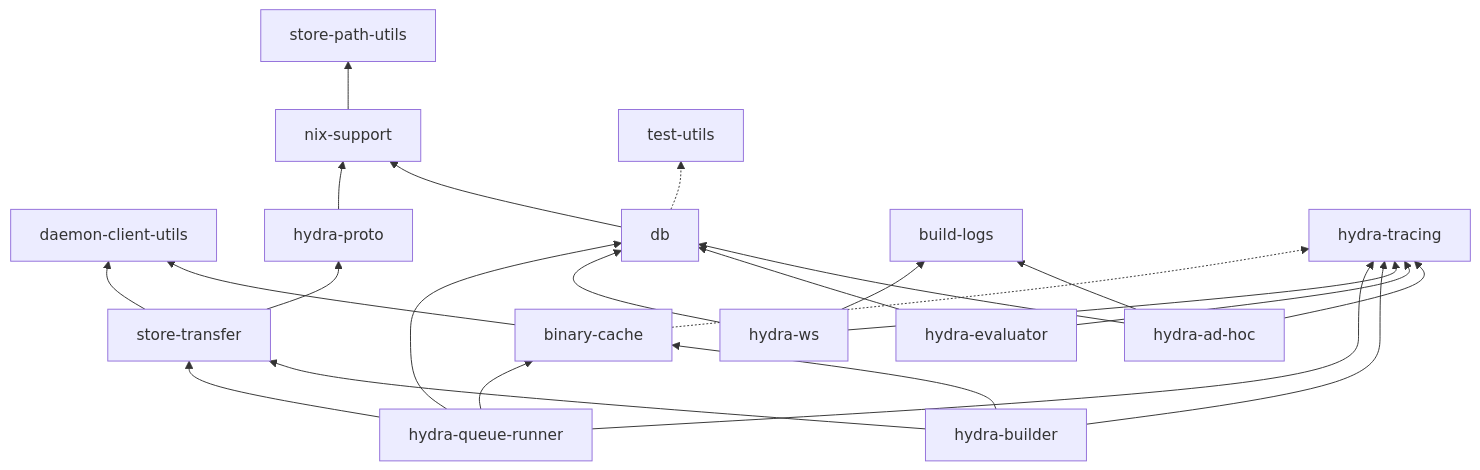
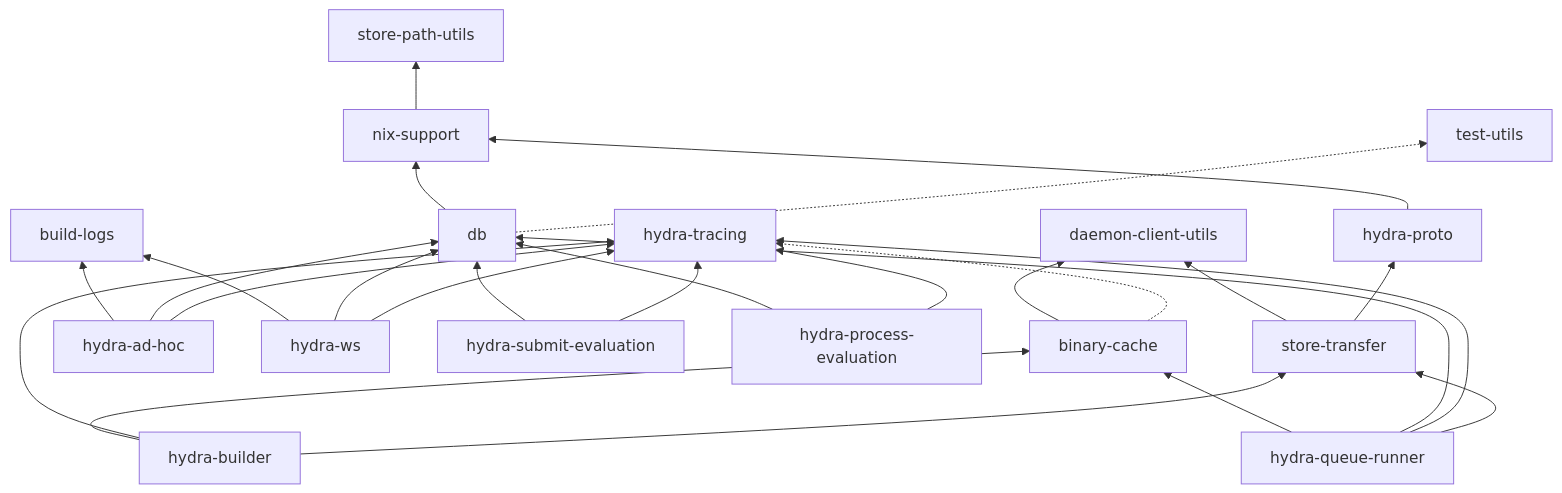
One commit to NixOS/hydra changed the diagram in subprojects/hydra-manual/src/architecture.md. Above: the diagram before and after it, drawn with Mermaid. The commit also changed other lines of this file and 101 other files, not shown here.

````diff
--- a/subprojects/hydra-manual/src/architecture.md
+++ b/subprojects/hydra-manual/src/architecture.md
@@ -75,26 +80,28 @@
 ```mermaid
 graph BT
     binary-cache --> daemon-client-utils
     nix-support --> store-path-utils
     db --> nix-support
     hydra-proto --> nix-support
     hydra-ad-hoc --> build-logs
     hydra-ad-hoc --> db
     hydra-ad-hoc --> hydra-tracing
-    hydra-evaluator --> db
-    hydra-evaluator --> hydra-tracing
     hydra-ws --> build-logs
+    hydra-submit-evaluation --> db
+    hydra-submit-evaluation --> hydra-tracing
+    hydra-process-evaluation --> db
+    hydra-process-evaluation --> hydra-tracing
     hydra-ws --> db
     hydra-ws --> hydra-tracing
     store-transfer --> daemon-client-utils
     store-transfer --> hydra-proto
     hydra-builder --> binary-cache
     hydra-builder --> hydra-tracing
     hydra-builder --> store-transfer
     hydra-queue-runner --> binary-cache
     hydra-queue-runner --> db
     hydra-queue-runner --> hydra-tracing
     hydra-queue-runner --> store-transfer
     binary-cache -.-> hydra-tracing
     db -.-> test-utils
 ```
````
